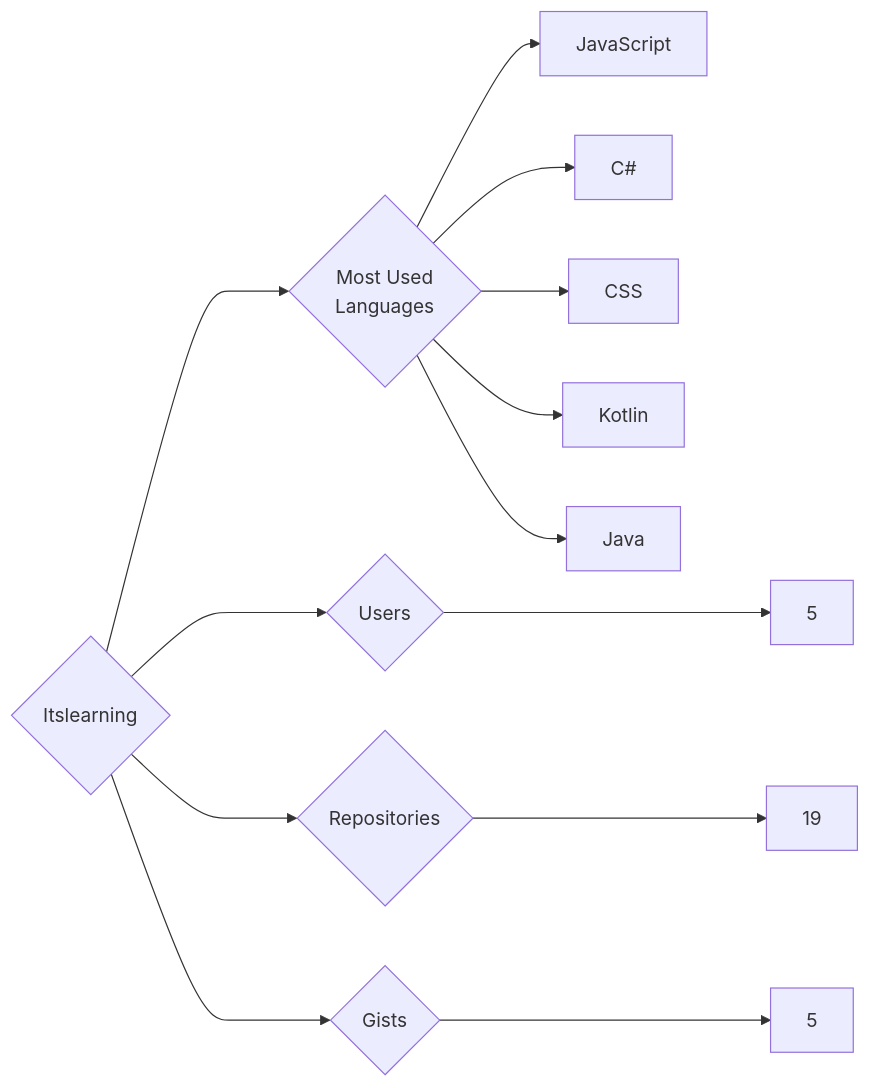
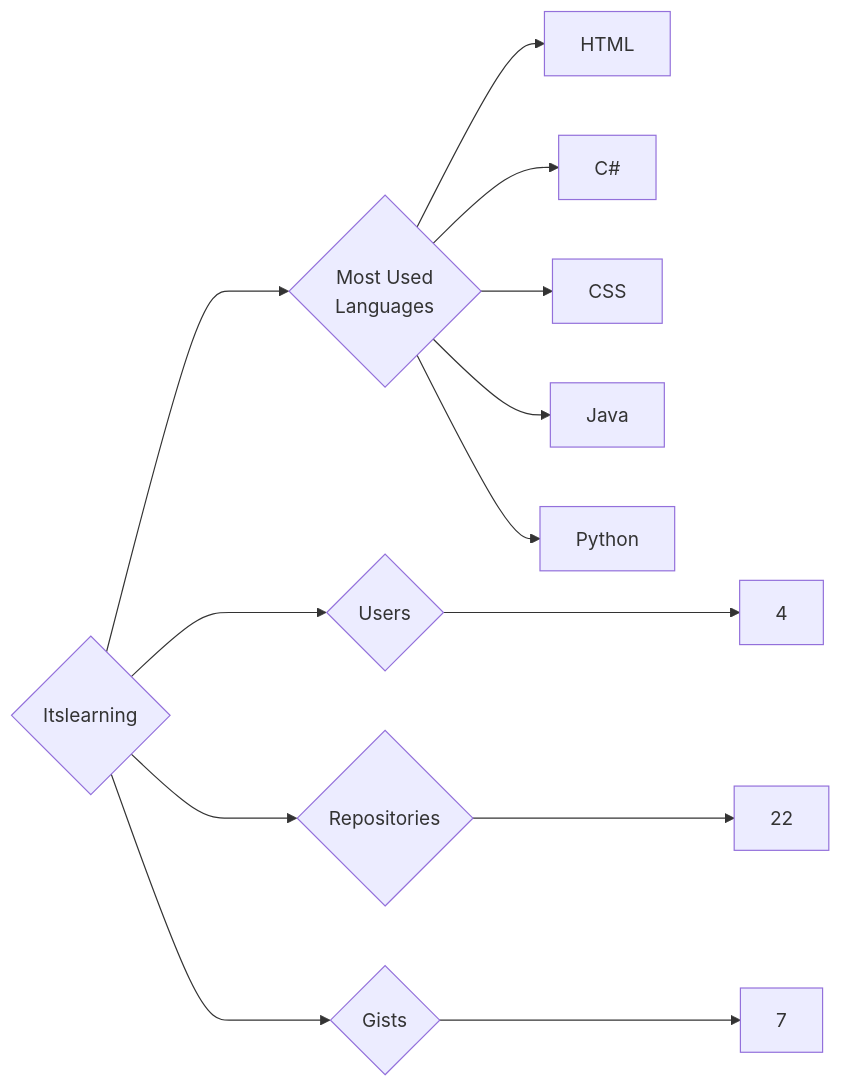
One commit to trickest/insiders changed the diagram in targets/Itslearning/README.md. Above: the diagram before and after it, drawn with Mermaid. The commit also changed 1089 other files, not shown here.

````diff
--- a/targets/Itslearning/README.md
+++ b/targets/Itslearning/README.md
@@ -3,13 +3,13 @@
 ```mermaid
 graph LR
 COMPANY_NAME{Itslearning}
-COMPANY_NAME ---> U{Users} ---> UN[5]
-COMPANY_NAME ---> R{Repositories} ---> RN[19]
-COMPANY_NAME ---> G{Gists} ---> GN[5]
+COMPANY_NAME ---> U{Users} ---> UN[4]
+COMPANY_NAME ---> R{Repositories} ---> RN[22]
+COMPANY_NAME ---> G{Gists} ---> GN[7]
 COMPANY_NAME ---> ML{Most Used<br>Languages}
-ML --> JavaScript[JavaScript]
+ML --> HTML[HTML]
 ML --> C#[C#]
 ML --> CSS[CSS]
-ML --> Kotlin[Kotlin]
 ML --> Java[Java]
+ML --> Python[Python]
 ```
````
